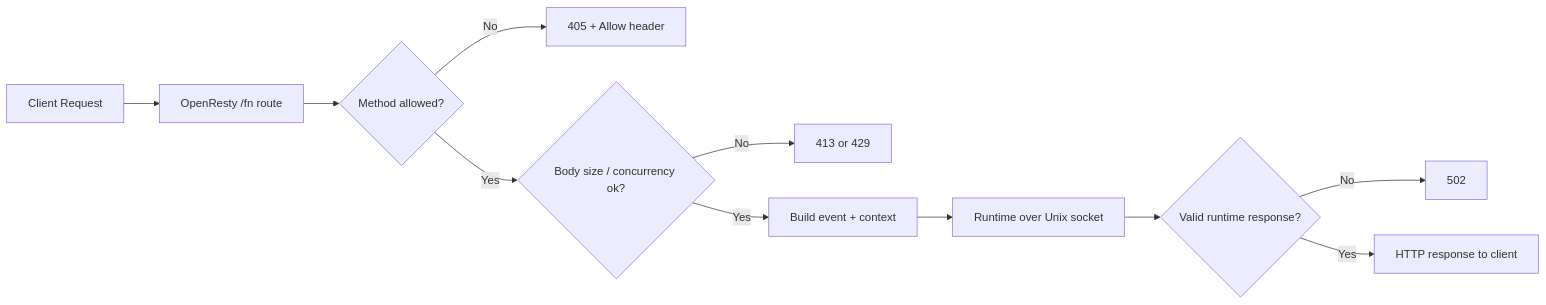
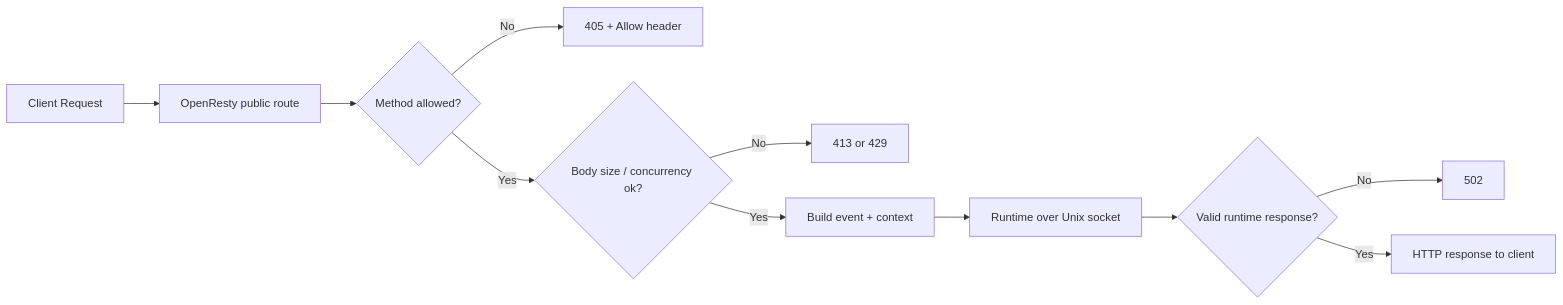
The first of 3 diagrams in docs/en/explanation/visual-flows.md (misaelzapata/fastfn), drawn with Mermaid before and after one commit. The commit also changed other lines of this file and 68 other files, not shown here.

````diff
--- a/docs/en/explanation/visual-flows.md
+++ b/docs/en/explanation/visual-flows.md
@@ -5,13 +5,13 @@
 ```mermaid
 flowchart LR
-  A["Client Request"] --> B["OpenResty /fn route"]
+  A["Client Request"] --> B["OpenResty public route"]
   B --> C{"Method allowed?"}
   C -- "No" --> D["405 + Allow header"]
   C -- "Yes" --> E{"Body size / concurrency ok?"}
   E -- "No" --> F["413 or 429"]
   E -- "Yes" --> G["Build event + context"]
   G --> H["Runtime over Unix socket"]
   H --> I{"Valid runtime response?"}
   I -- "No" --> J["502"]
   I -- "Yes" --> K["HTTP response to client"]
 ```
````
